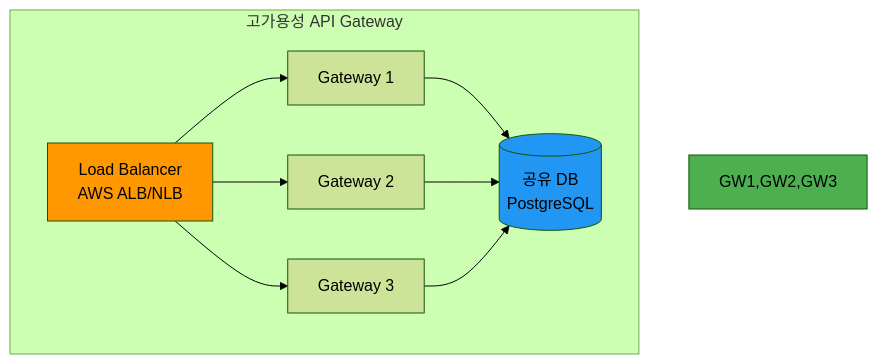
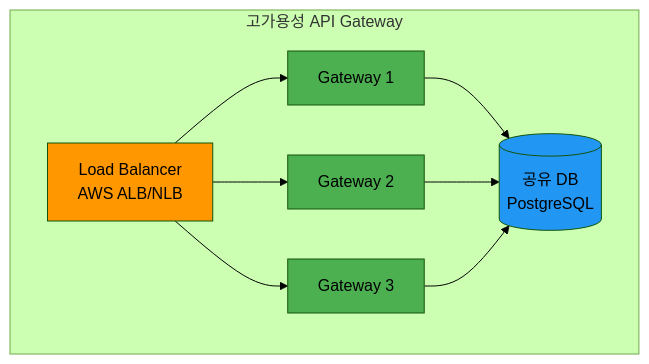
Before and after one commit to niceguy61/kdt_devops_lecture_2025: the eighth of 9 diagrams in theory/week_04/day2/session_1.md, drawn with Mermaid (forest theme).

````diff
--- a/theory/week_04/day2/session_1.md
+++ b/theory/week_04/day2/session_1.md
@@ -433,17 +433,19 @@
 ```mermaid
 graph TB
     subgraph "고가용성 API Gateway"
         LB[Load Balancer<br/>AWS ALB/NLB]
         LB --> GW1[Gateway 1]
         LB --> GW2[Gateway 2]
         LB --> GW3[Gateway 3]
         
         GW1 --> DB[(공유 DB<br/>PostgreSQL)]
         GW2 --> DB
         GW3 --> DB
     end
     
     style LB fill:#ff9800
-    style GW1,GW2,GW3 fill:#4caf50
+    style GW1 fill:#4caf50
+    style GW2 fill:#4caf50
+    style GW3 fill:#4caf50
     style DB fill:#2196f3
 ```
````
